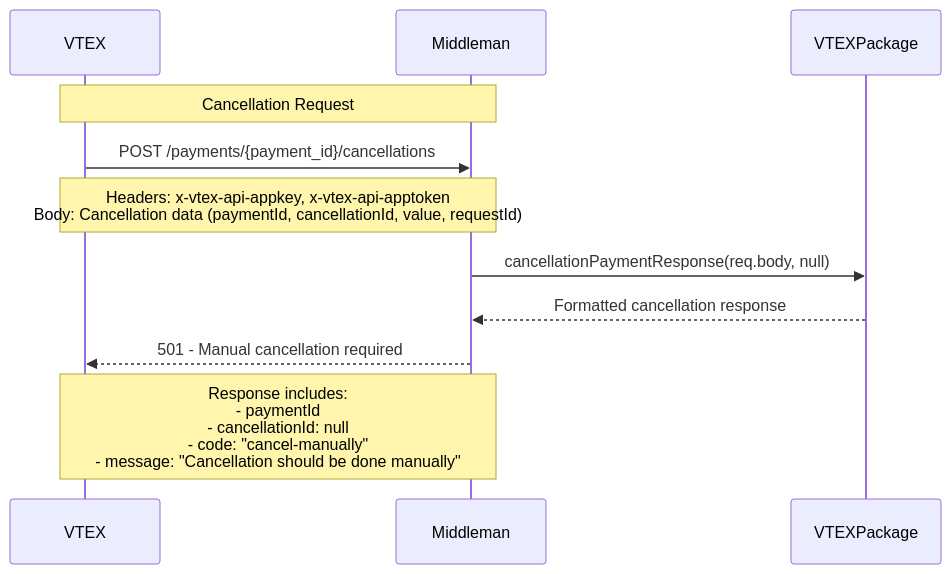
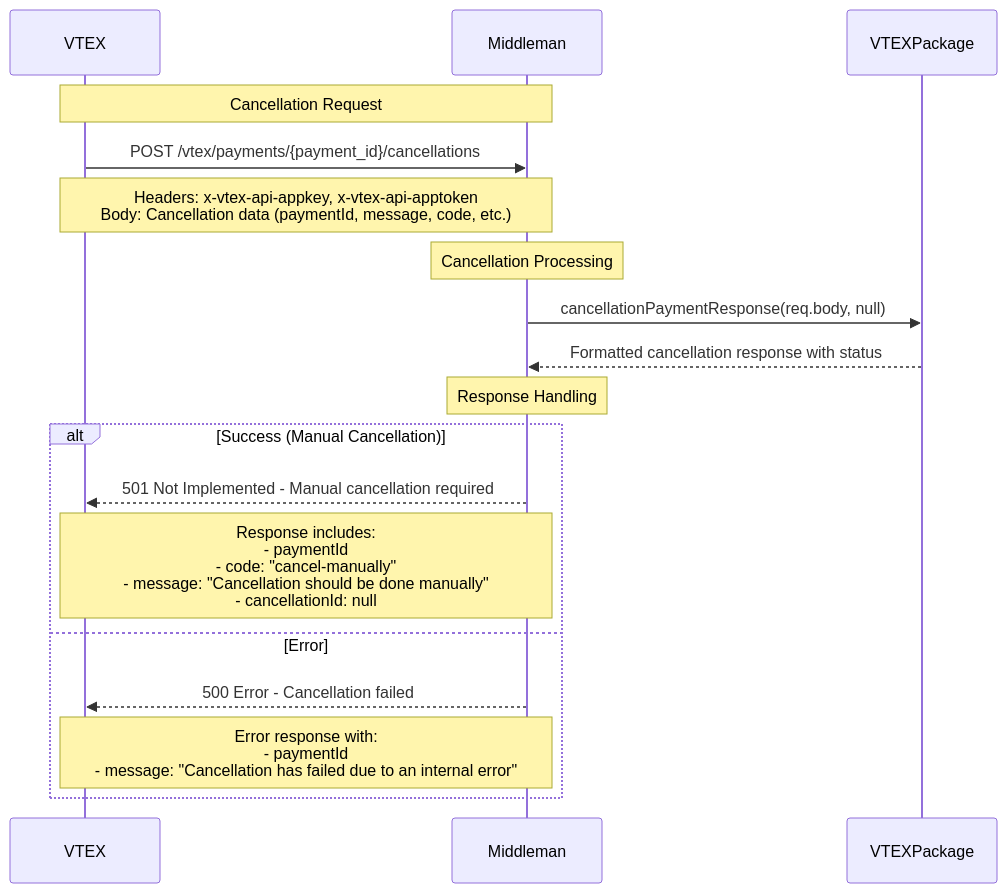
One commit to joa2pac/text-assistant-gpt changed the third of 4 diagrams in README.md. Above: the diagram before and after it, drawn with Mermaid. The commit also changed other lines of this file, not shown here.

````diff
--- a/README.md
+++ b/README.md
@@ -289,16 +318,23 @@
 ```mermaid
 sequenceDiagram
-  participant VTEX
-  participant Middleman
-  participant VTEXPackage
+    participant VTEX
+    participant Middleman
+    participant VTEXPackage
 
-  note over VTEX,Middleman: Cancellation Request
-  VTEX->>Middleman: POST /payments/{payment_id}/cancellations
-  Note over VTEX,Middleman: Headers: x-vtex-api-appkey, x-vtex-api-apptoken<br/>Body: Cancellation data (paymentId, cancellationId, value, requestId)
+    note over VTEX,Middleman: Cancellation Request
+    VTEX->>Middleman: POST /vtex/payments/{payment_id}/cancellations
+    Note over VTEX,Middleman: Headers: x-vtex-api-appkey, x-vtex-api-apptoken<br/>Body: Cancellation data (paymentId, message, code, etc.)
 
-  Middleman->>VTEXPackage: cancellationPaymentResponse(req.body, null)
-  VTEXPackage-->>Middleman: Formatted cancellation response
+    note over Middleman: Cancellation Processing
+    Middleman->>VTEXPackage: cancellationPaymentResponse(req.body, null)
+    VTEXPackage-->>Middleman: Formatted cancellation response with status
 
-  Middleman-->>VTEX: 501 - Manual cancellation required
-  Note over Middleman,VTEX: Response includes:<br/>- paymentId<br/>- cancellationId: null<br/>- code: "cancel-manually"<br/>- message: "Cancellation should be done manually"
+    note over Middleman: Response Handling
+    alt Success (Manual Cancellation)
+        Middleman-->>VTEX: 501 Not Implemented - Manual cancellation required
+        Note over Middleman,VTEX: Response includes:<br/>- paymentId<br/>- code: "cancel-manually"<br/>- message: "Cancellation should be done manually"<br/>- cancellationId: null
+    else Error
+        Middleman-->>VTEX: 500 Error - Cancellation failed
+        Note over Middleman,VTEX: Error response with:<br/>- paymentId<br/>- message: "Cancellation has failed due to an internal error"
+    end
 ```
````
